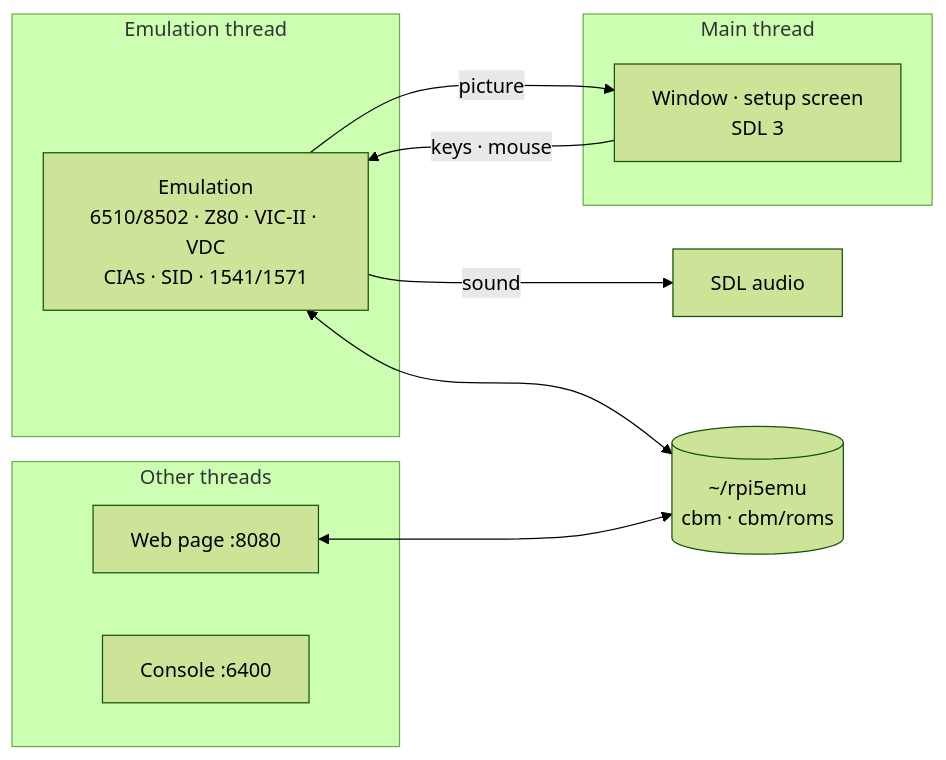
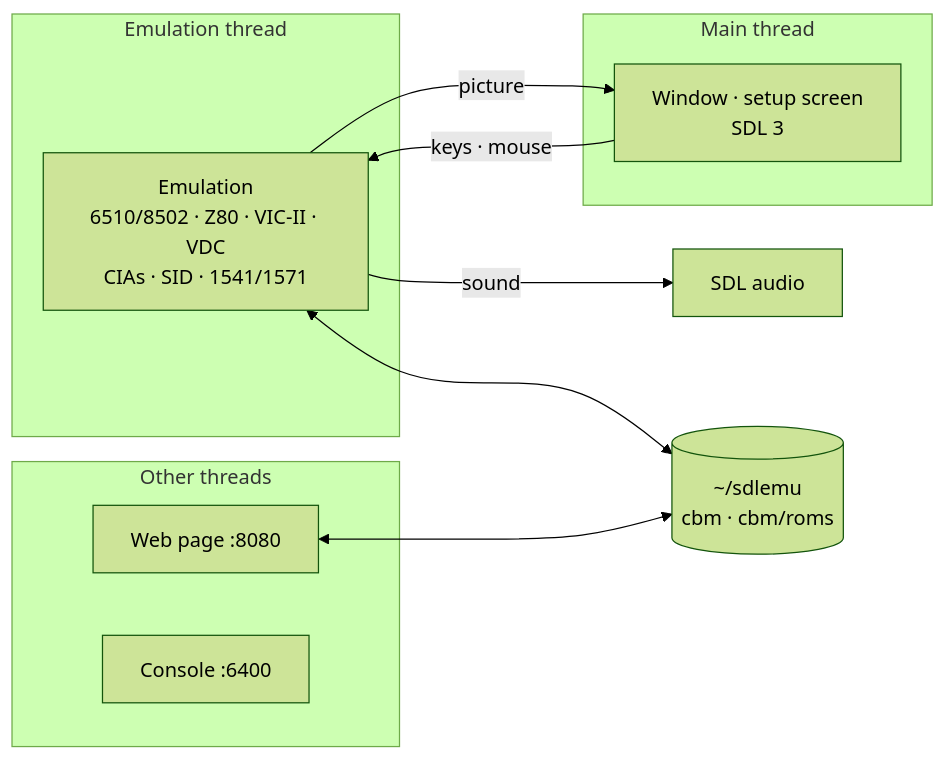
Before and after one commit to rlucencic/rpi5cbm: the diagram in README.md, drawn with Mermaid (forest theme). The commit also changed other lines of this file and 3 other files, not shown here.

````diff
--- a/README.md
+++ b/README.md
@@ -180,19 +177,19 @@
 ```mermaid
 flowchart LR
   subgraph emu [Emulation thread]
     EMU["Emulation<br>6510/8502 · Z80 · VIC-II · VDC<br>CIAs · SID · 1541/1571"]
   end
   subgraph main [Main thread]
     WIN["Window · setup screen<br>SDL 3"]
   end
   subgraph others [Other threads]
     WEB[Web page :8080]
     CON[Console :6400]
   end
   EMU -- picture --> WIN
   EMU -- sound --> SND[SDL audio]
   WIN -- keys · mouse --> EMU
-  DATA[("~/rpi5emu<br>cbm · cbm/roms")]
+  DATA[("~/sdlemu<br>cbm · cbm/roms")]
   EMU <--> DATA
   WEB <--> DATA
 ```
````
